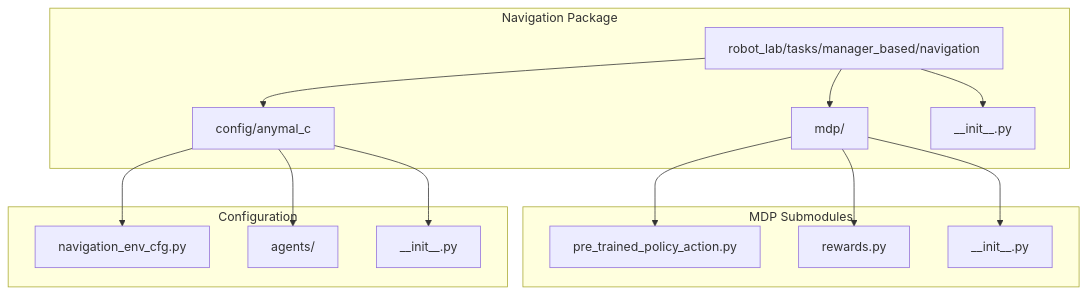
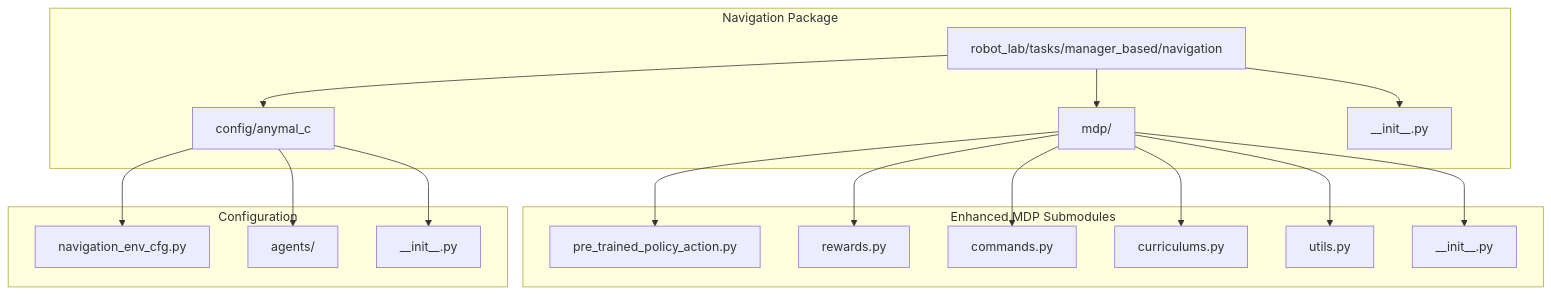
The tenth of 10 diagrams in .qoder/repowiki/en/content/Task Configuration Framework/Navigation System Overview.md (jayjayhust/robot_lab), drawn with Mermaid before and after one commit. The commit also changed other lines of this file and 14 other files, not shown here.

````diff
--- a/.qoder/repowiki/en/content/Task Configuration Framework/Navigation System Overview.md
+++ b/.qoder/repowiki/en/content/Task Configuration Framework/Navigation System Overview.md
@@ -335,28 +464,34 @@
 ```mermaid
 graph TB
 subgraph "Navigation Package"
 NAVPKG[robot_lab/tasks/manager_based/navigation]
 CFG[config/anymal_c]
 MDP[mdp/]
 INIT[__init__.py]
 end
-subgraph "MDP Submodules"
+subgraph "Enhanced MDP Submodules"
 PRETRAINED[pre_trained_policy_action.py]
 REWARDS[rewards.py]
+COMMANDS[commands.py]
+CURRICULUM[curriculums.py]
+UTILS[utils.py]
 MDPINIT[__init__.py]
 end
 subgraph "Configuration"
 NAVCFG[navigation_env_cfg.py]
 AGENTS[agents/]
 NAVINIT[__init__.py]
 end
 NAVPKG --> CFG
 NAVPKG --> MDP
 NAVPKG --> INIT
 MDP --> PRETRAINED
 MDP --> REWARDS
+MDP --> COMMANDS
+MDP --> CURRICULUM
+MDP --> UTILS
 MDP --> MDPINIT
 CFG --> NAVCFG
 CFG --> AGENTS
 CFG --> NAVINIT
 ```
````
